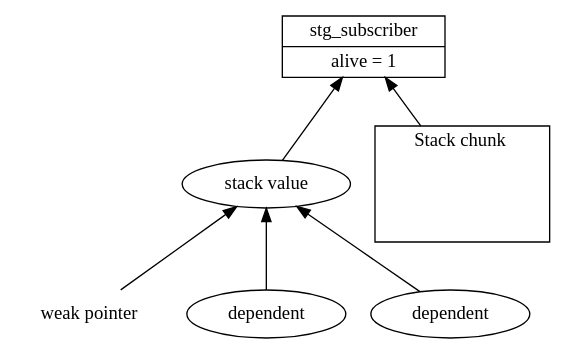
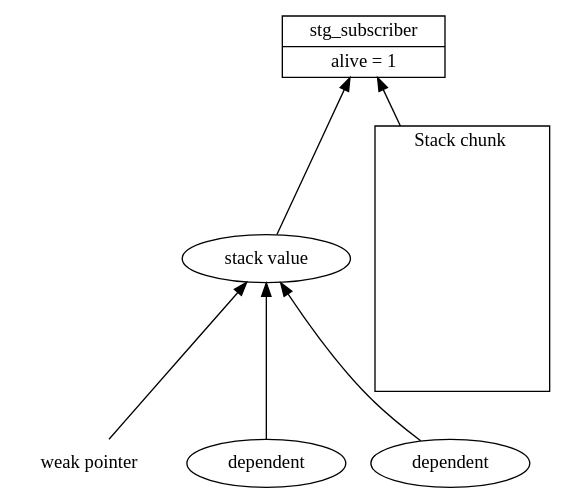
Before and after one commit to Tarrasch/exjobb: the diagram in report/fig/thawing.dot, drawn with Graphviz.

Commit message:
Enlargen "stack chunk"

```diff
--- a/report/fig/thawing.dot
+++ b/report/fig/thawing.dot
@@ -1,28 +1,28 @@
 digraph {
 
     weak_pointer [ shape=plaintext, label="weak pointer" ]
     stg_subscriber [ shape=record, label="{stg_subscriber| alive = 1}"]
-    stg_stack [ shape=rectangle, label="   Stack chunk   \n\n\n\n\n" ]
+    stg_stack [ shape=rectangle, label="   Stack chunk   \n\n\n\n\n\n\n\n\n\n\n\n" ]
     stack_value [ label="stack value" ]
     value_1 [ label="dependent" ]
     value_2 [ label="dependent" ]
 
     value_1 -> stack_value
     value_2 -> stack_value
     weak_pointer -> stack_value
 
     stack_value -> stg_subscriber
     stg_stack -> stg_subscriber
 
     
     /* stack_value -> weak_pointer [ style=invis ] */ 
     /* stg_subscriber -> stg_stack [ style=invis ] */
     /* stack_value -> weak_pointer [ style=invis ] */ 
     /* stack_value -> weak_pointer [ style=invis ] */ 
     /* stack_value -> weak_pointer [ style=invis ] */ 
     /* stg_subscriber -> stg_stack [ style=invis ] */
     /* stg_subscriber -> stg_stack [ style=invis ] */
     /* stg_subscriber -> stg_stack [ style=invis ] */
 
   rankdir="BT"
 }
```
